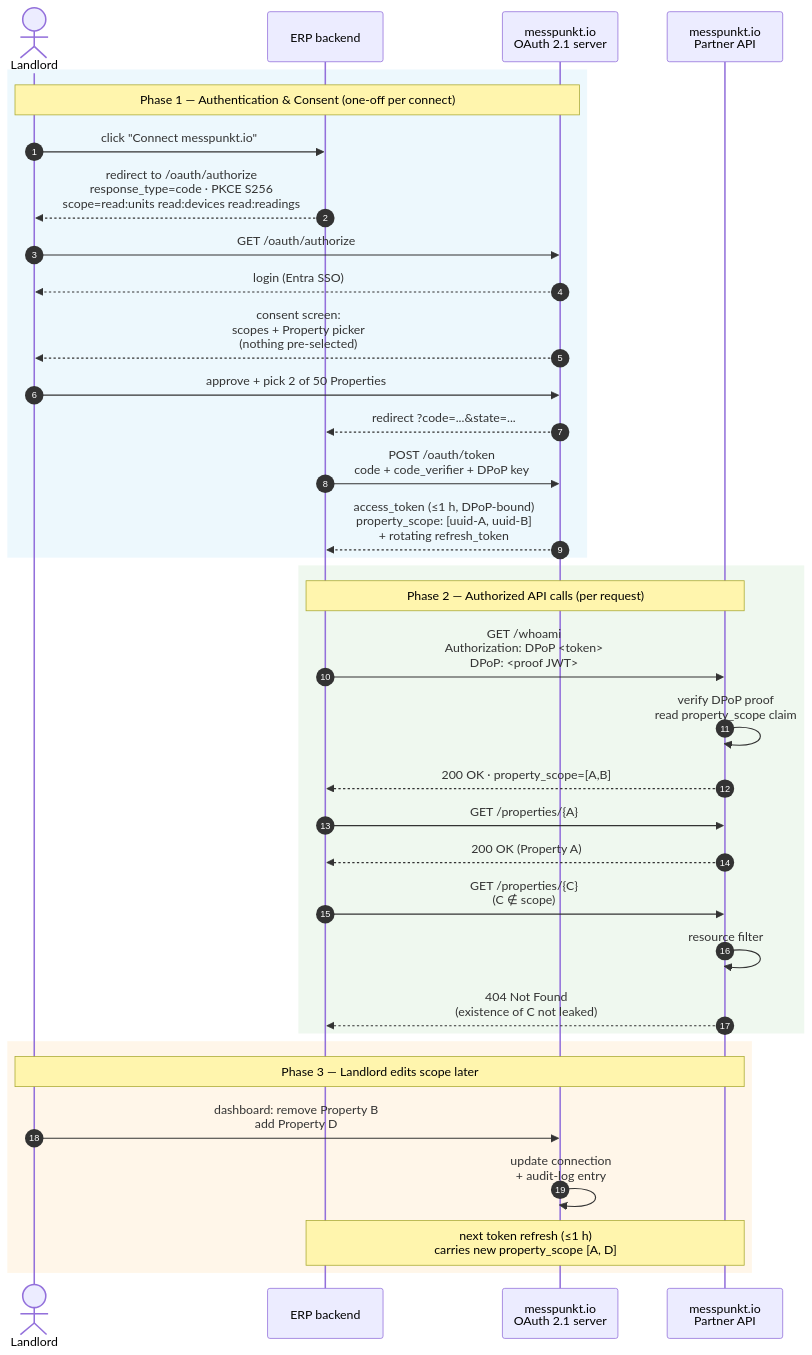
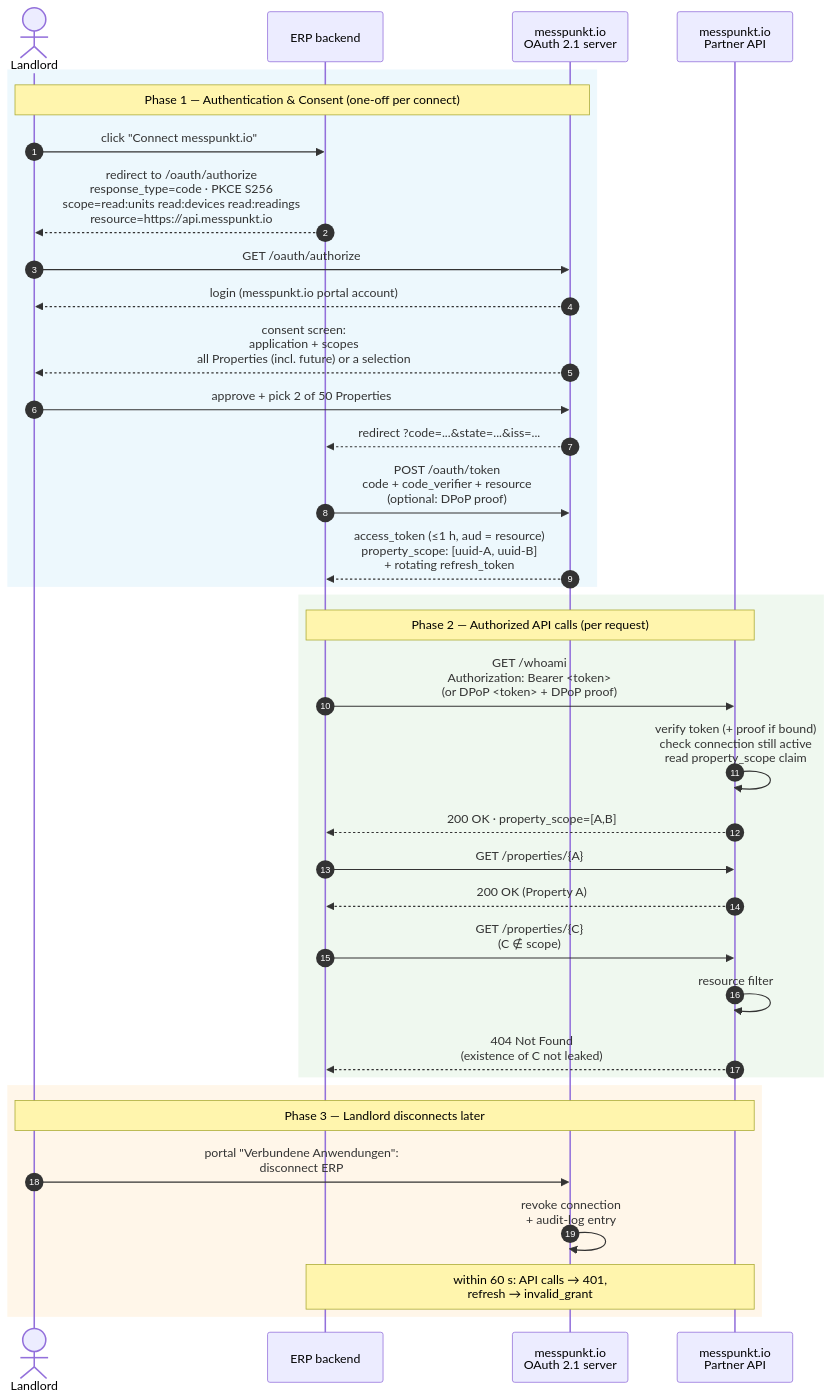
The diagram in auth-flow.mmd (ImmoVault/partner-api-docs), drawn with Mermaid before and after one commit. The commit also changed 33 other files, not shown here.

```diff
--- a/auth-flow.mmd
+++ b/auth-flow.mmd
@@ -1,38 +1,38 @@
 sequenceDiagram
     autonumber
     actor L as Landlord
     participant EB as ERP backend
     participant OA as messpunkt.io<br/>OAuth 2.1 server
     participant API as messpunkt.io<br/>Partner API
 
     rect rgba(229,246,253,0.7)
     Note over L,OA: Phase 1 — Authentication & Consent (one-off per connect)
     L->>EB: click "Connect messpunkt.io"
-    EB-->>L: redirect to /oauth/authorize<br/>response_type=code · PKCE S256<br/>scope=read:units read:devices read:readings
+    EB-->>L: redirect to /oauth/authorize<br/>response_type=code · PKCE S256<br/>scope=read:units read:devices read:readings<br/>resource=https://api.messpunkt.io
     L->>OA: GET /oauth/authorize
-    OA-->>L: login (Entra SSO)
-    OA-->>L: consent screen:<br/>scopes + Property picker<br/>(nothing pre-selected)
+    OA-->>L: login (messpunkt.io portal account)
+    OA-->>L: consent screen:<br/>application + scopes<br/>all Properties (incl. future) or a selection
     L->>OA: approve + pick 2 of 50 Properties
-    OA-->>EB: redirect ?code=...&state=...
-    EB->>OA: POST /oauth/token<br/>code + code_verifier + DPoP key
-    OA-->>EB: access_token (≤1 h, DPoP-bound)<br/>property_scope: [uuid-A, uuid-B]<br/>+ rotating refresh_token
+    OA-->>EB: redirect ?code=...&state=...&iss=...
+    EB->>OA: POST /oauth/token<br/>code + code_verifier + resource<br/>(optional: DPoP proof)
+    OA-->>EB: access_token (≤1 h, aud = resource)<br/>property_scope: [uuid-A, uuid-B]<br/>+ rotating refresh_token
     end
 
     rect rgba(232,245,233,0.7)
     Note over EB,API: Phase 2 — Authorized API calls (per request)
-    EB->>API: GET /whoami<br/>Authorization: DPoP <token><br/>DPoP: <proof JWT>
-    API->>API: verify DPoP proof<br/>read property_scope claim
+    EB->>API: GET /whoami<br/>Authorization: Bearer <token><br/>(or DPoP <token> + DPoP proof)
+    API->>API: verify token (+ proof if bound)<br/>check connection still active<br/>read property_scope claim
     API-->>EB: 200 OK · property_scope=[A,B]
     EB->>API: GET /properties/{A}
     API-->>EB: 200 OK (Property A)
     EB->>API: GET /properties/{C}<br/>(C ∉ scope)
     API->>API: resource filter
     API-->>EB: 404 Not Found<br/>(existence of C not leaked)
     end
 
     rect rgba(255,243,224,0.7)
-    Note over L,API: Phase 3 — Landlord edits scope later
-    L->>OA: dashboard: remove Property B<br/>add Property D
-    OA->>OA: update connection<br/>+ audit-log entry
-    Note over EB,API: next token refresh (≤1 h)<br/>carries new property_scope [A, D]
+    Note over L,API: Phase 3 — Landlord disconnects later
+    L->>OA: portal "Verbundene Anwendungen":<br/>disconnect ERP
+    OA->>OA: revoke connection<br/>+ audit-log entry
+    Note over EB,API: within 60 s: API calls → 401,<br/>refresh → invalid_grant
     end
```
